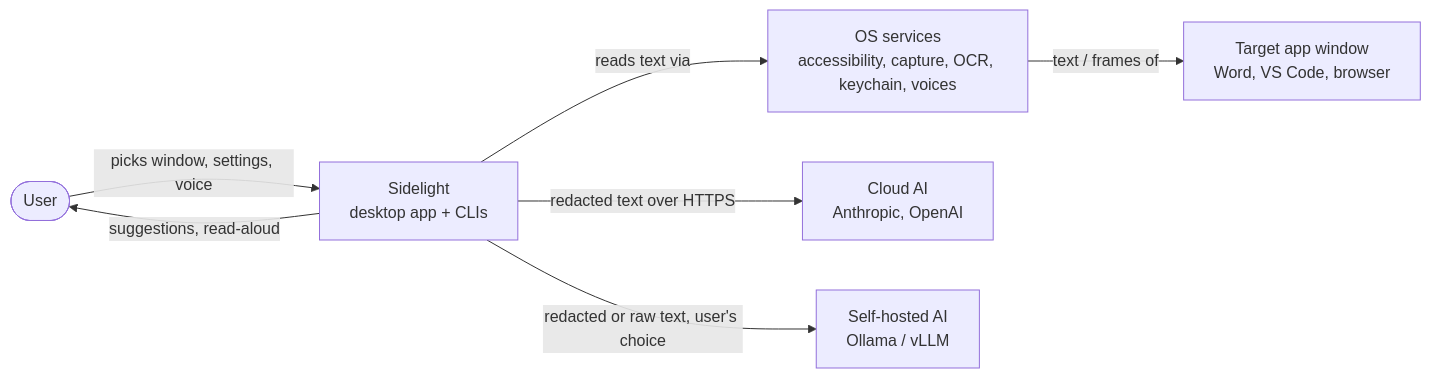
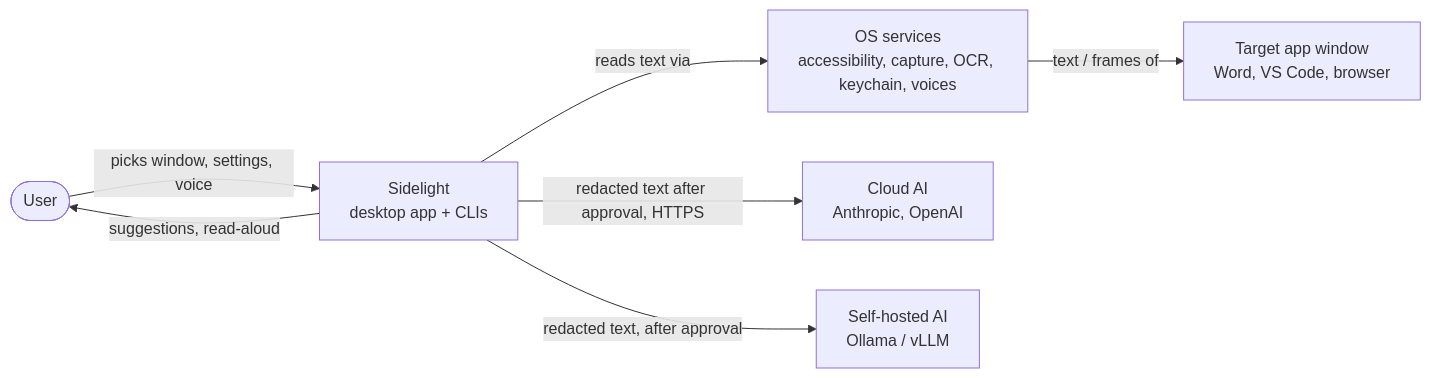
The first of 3 diagrams in docs/architecture/architecture.md (Daycdom/Sidelight), drawn with Mermaid before and after one commit. The commit also changed other lines of this file and 13 other files, not shown here.

Commit message:
docs: require redaction summary and user approval before any send (ADR-0012)

````diff
--- a/docs/architecture/architecture.md
+++ b/docs/architecture/architecture.md
@@ -30,16 +30,16 @@
 ```mermaid
 flowchart LR
   user([User])
   suite[Sidelight<br/>desktop app + CLIs]
   target[Target app window<br/>Word, VS Code, browser]
   os[OS services<br/>accessibility, capture, OCR, keychain, voices]
   cloud[Cloud AI<br/>Anthropic, OpenAI]
   lab[Self-hosted AI<br/>Ollama / vLLM]
 
   user -- picks window, settings, voice --> suite
   suite -- suggestions, read-aloud --> user
   suite -- reads text via --> os
   os -- text / frames of --> target
-  suite -- redacted text over HTTPS --> cloud
-  suite -- redacted or raw text, user's choice --> lab
+  suite -- redacted text after approval, HTTPS --> cloud
+  suite -- redacted text, after approval --> lab
 ```
````
